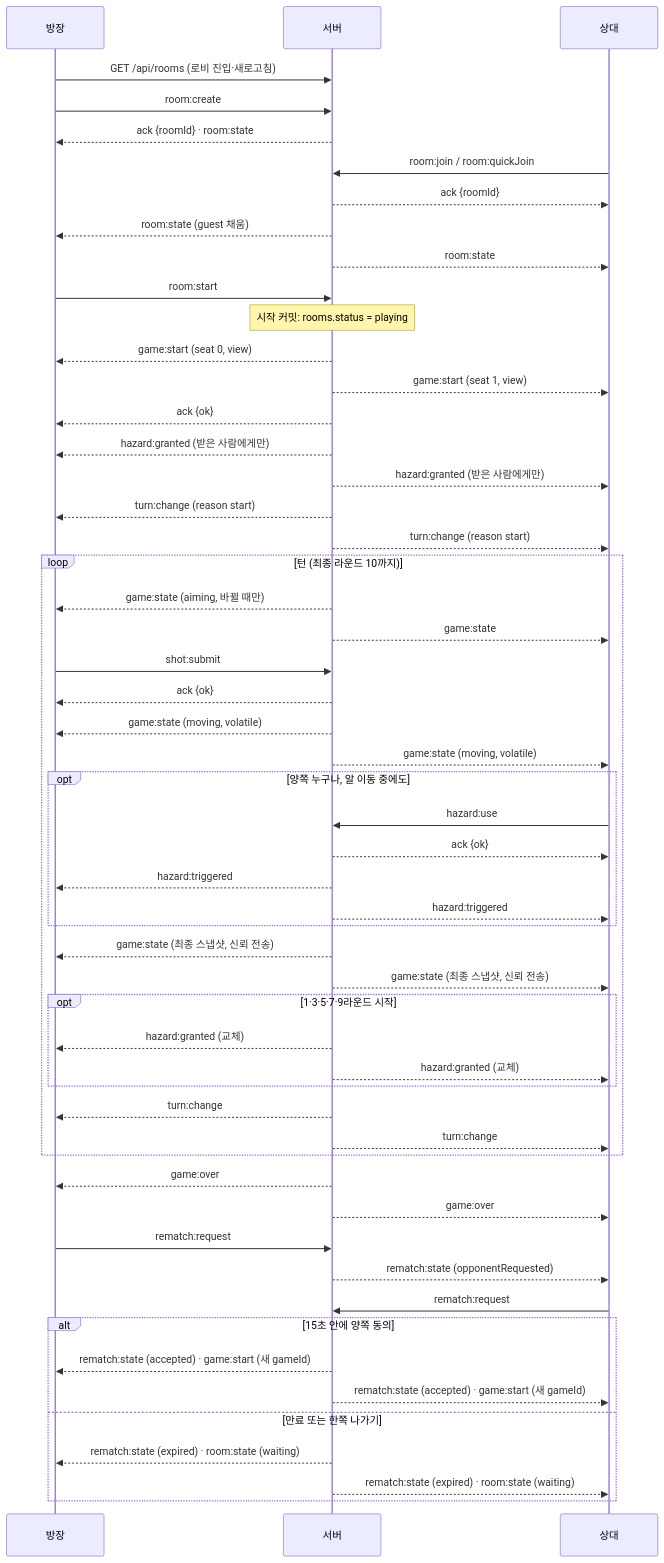
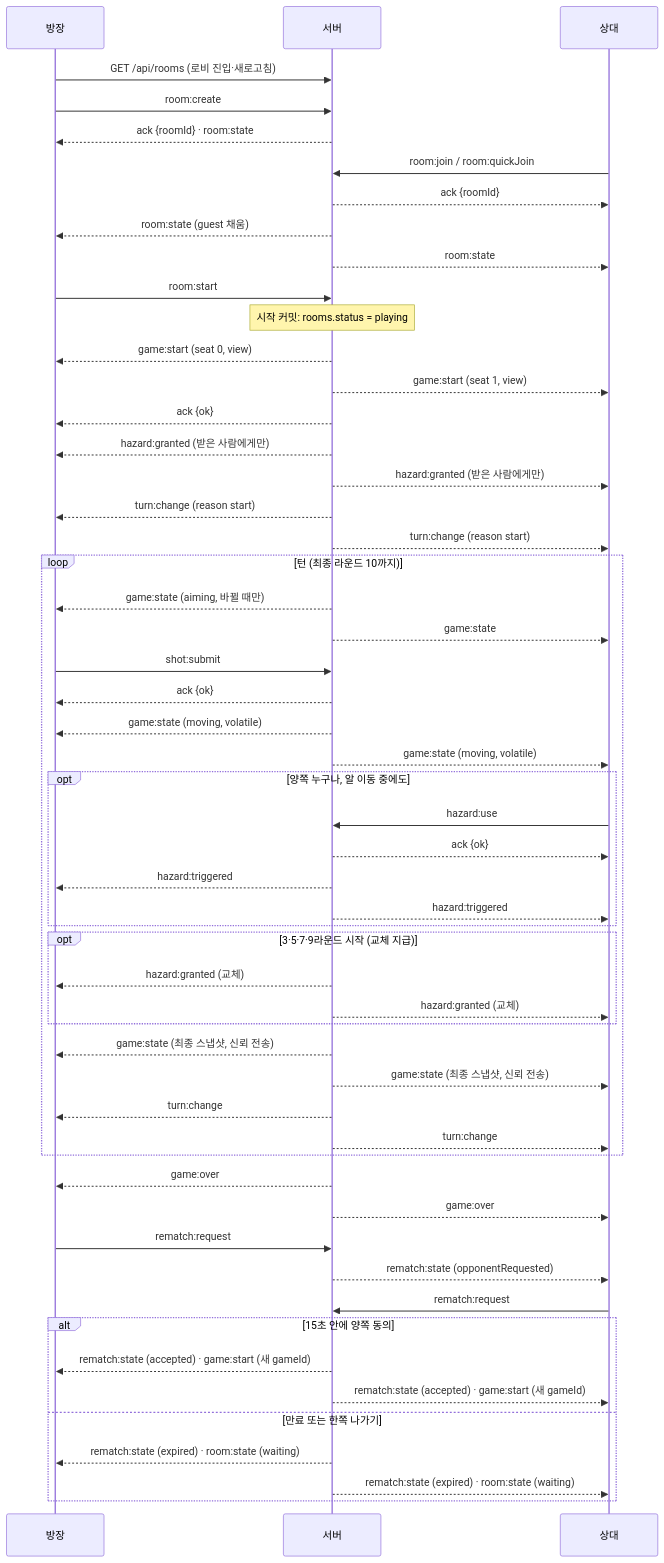
The diagram in docs/design/API.md (moguab2808-commits/mini-project-1-1), drawn with Mermaid before and after one commit. The commit also changed other lines of this file and 1 other file, not shown here.

First line of the commit message:
API-001 개발자 A 검토 반영: GAME_NOT_ACTIVE 통일, 순서도 수정

````diff
--- a/docs/design/API.md
+++ b/docs/design/API.md
@@ -171,56 +172,56 @@
 ```mermaid
 sequenceDiagram
     participant H as 방장
     participant S as 서버
     participant G as 상대
     H->>S: GET /api/rooms (로비 진입·새로고침)
     H->>S: room:create
     S-->>H: ack {roomId} · room:state
     G->>S: room:join / room:quickJoin
     S-->>G: ack {roomId}
     S-->>H: room:state (guest 채움)
     S-->>G: room:state
     H->>S: room:start
     Note over S: 시작 커밋: rooms.status = playing
     S-->>H: game:start (seat 0, view)
     S-->>G: game:start (seat 1, view)
     S-->>H: ack {ok}
     S-->>H: hazard:granted (받은 사람에게만)
     S-->>G: hazard:granted (받은 사람에게만)
     S-->>H: turn:change (reason start)
     S-->>G: turn:change (reason start)
     loop 턴 (최종 라운드 10까지)
         S-->>H: game:state (aiming, 바뀔 때만)
         S-->>G: game:state
         H->>S: shot:submit
         S-->>H: ack {ok}
         S-->>H: game:state (moving, volatile)
         S-->>G: game:state (moving, volatile)
         opt 양쪽 누구나, 알 이동 중에도
             G->>S: hazard:use
             S-->>G: ack {ok}
             S-->>H: hazard:triggered
             S-->>G: hazard:triggered
         end
-        S-->>H: game:state (최종 스냅샷, 신뢰 전송)
-        S-->>G: game:state (최종 스냅샷, 신뢰 전송)
-        opt 1·3·5·7·9라운드 시작
+        opt 3·5·7·9라운드 시작 (교체 지급)
             S-->>H: hazard:granted (교체)
             S-->>G: hazard:granted (교체)
         end
+        S-->>H: game:state (최종 스냅샷, 신뢰 전송)
+        S-->>G: game:state (최종 스냅샷, 신뢰 전송)
         S-->>H: turn:change
         S-->>G: turn:change
     end
     S-->>H: game:over
     S-->>G: game:over
     H->>S: rematch:request
     S-->>G: rematch:state (opponentRequested)
     G->>S: rematch:request
     alt 15초 안에 양쪽 동의
         S-->>H: rematch:state (accepted) · game:start (새 gameId)
         S-->>G: rematch:state (accepted) · game:start (새 gameId)
     else 만료 또는 한쪽 나가기
         S-->>H: rematch:state (expired) · room:state (waiting)
         S-->>G: rematch:state (expired) · room:state (waiting)
     end
 ```
````
